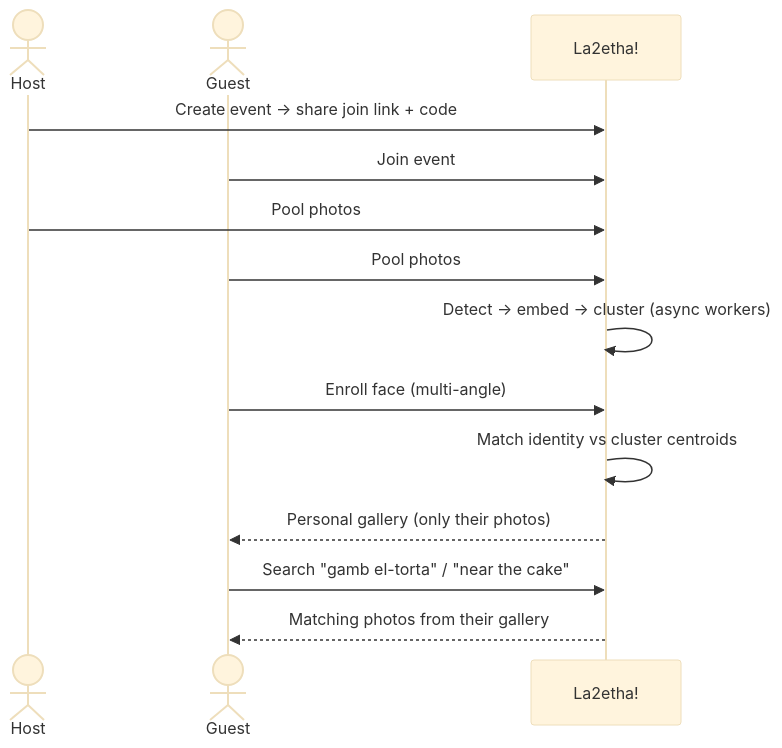
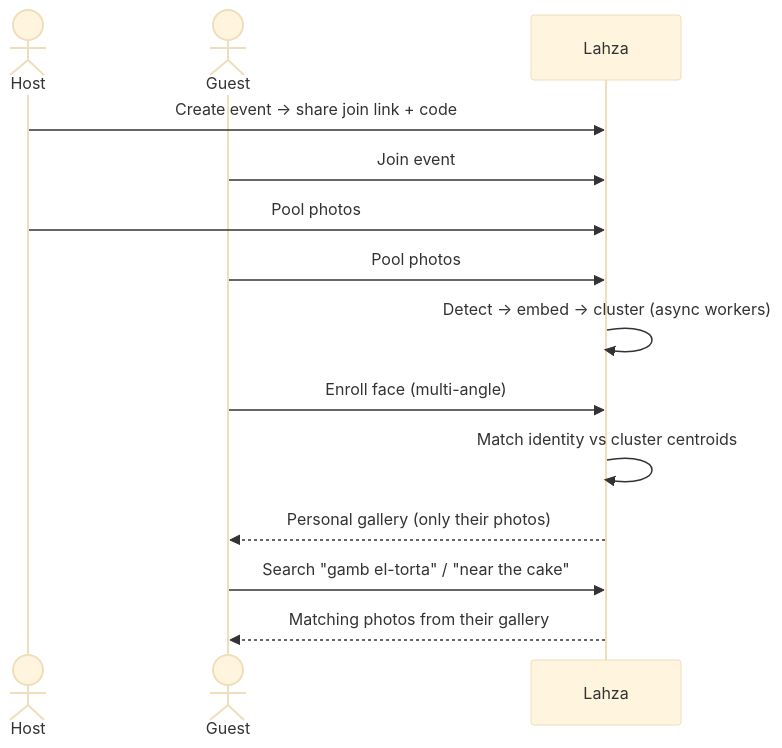
One commit to La2etha/.github changed the third of 3 diagrams in profile/README.md. Above: the diagram before and after it, drawn with Mermaid (base theme). The commit also changed other lines of this file, not shown here.

Commit message:
update README.md to reflect project name change from La2etha to Lahza and enhance descriptions

````diff
--- a/profile/README.md
+++ b/profile/README.md
@@ -79,16 +122,16 @@
 ```mermaid
 sequenceDiagram
     actor Host
     actor Guest
-    participant App as La2etha!
+    participant App as Lahza
     Host->>App: Create event → share join link + code
     Guest->>App: Join event
     Host->>App: Pool photos
     Guest->>App: Pool photos
     App->>App: Detect → embed → cluster (async workers)
     Guest->>App: Enroll face (multi-angle)
     App->>App: Match identity vs cluster centroids
     App-->>Guest: Personal gallery (only their photos)
     Guest->>App: Search "gamb el-torta" / "near the cake"
     App-->>Guest: Matching photos from their gallery
 ```
````
